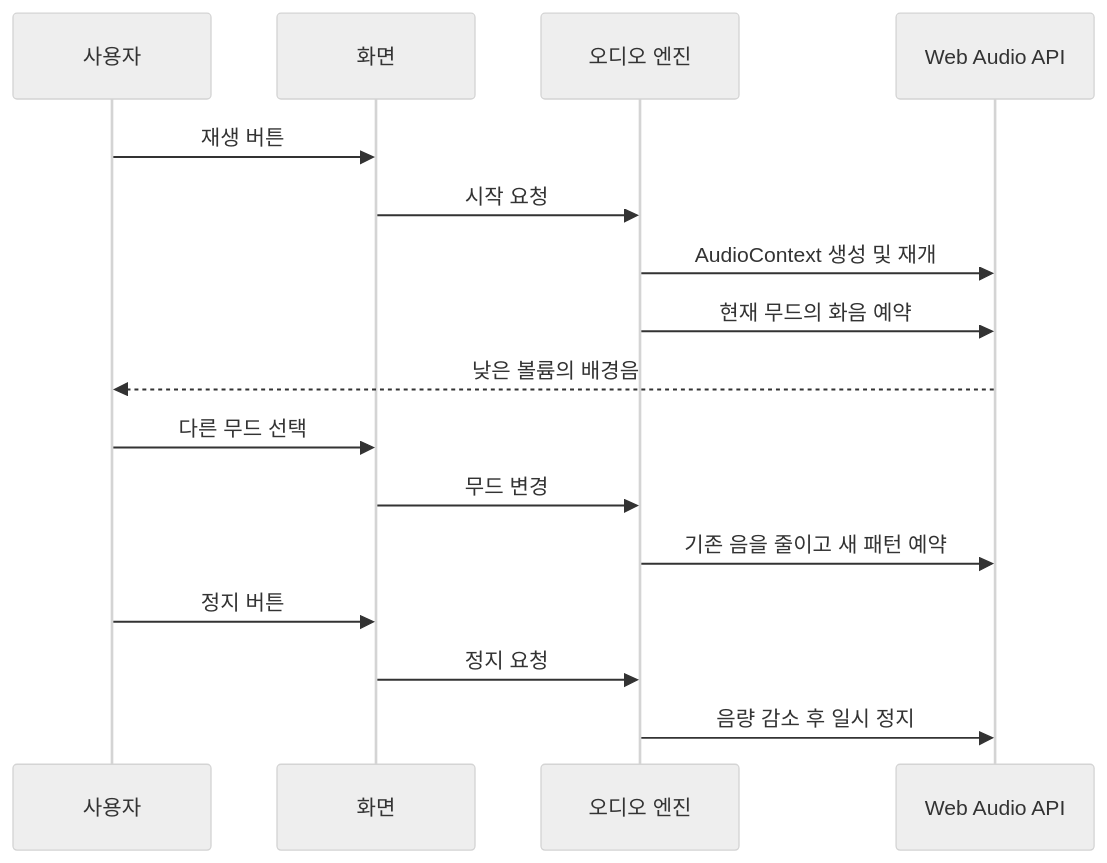
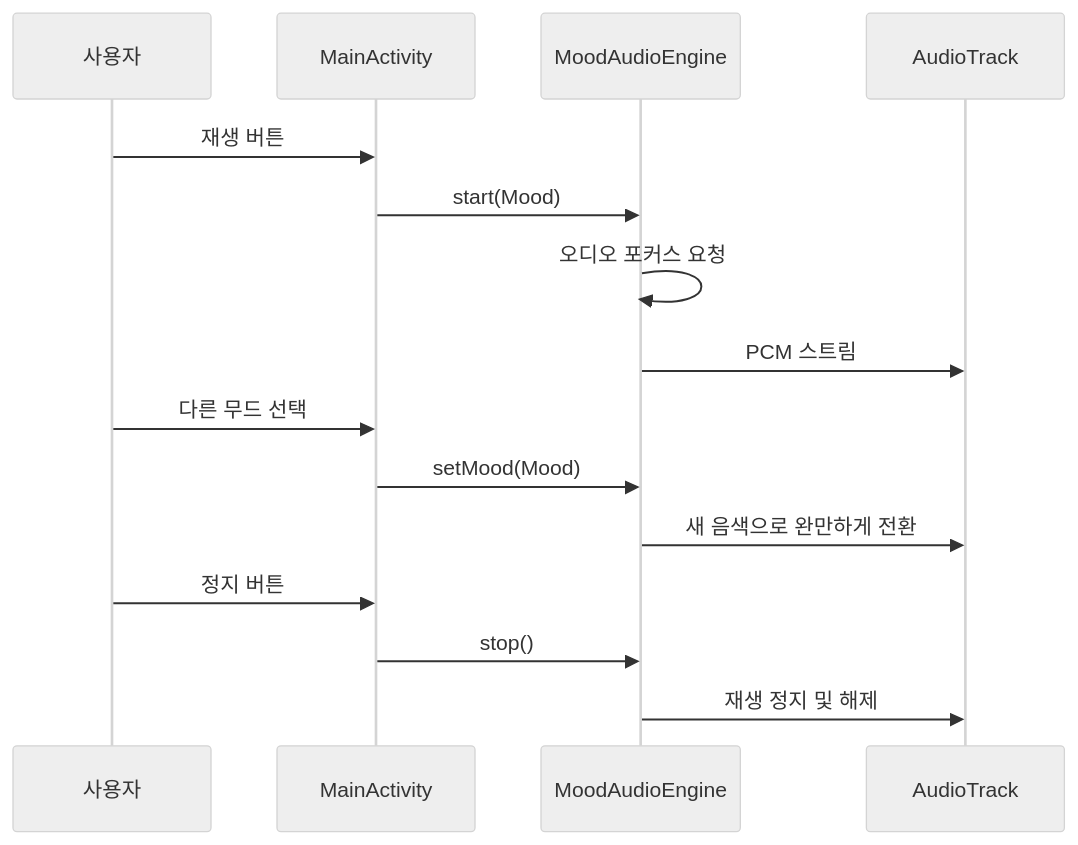
The diagram in docs/audio-design.md (jeongiryang/lg-ax-hackathon-cwnu-2026), drawn with Mermaid (neutral theme) before and after one commit. The commit also changed other lines of this file and 48 other files, not shown here.

````diff
--- a/docs/audio-design.md
+++ b/docs/audio-design.md
@@ -15,18 +17,17 @@
 ```mermaid
 sequenceDiagram
   participant U as 사용자
-  participant V as 화면
-  participant A as 오디오 엔진
-  participant W as Web Audio API
+  participant V as MainActivity
+  participant A as MoodAudioEngine
+  participant T as AudioTrack
   U->>V: 재생 버튼
-  V->>A: 시작 요청
-  A->>W: AudioContext 생성 및 재개
-  A->>W: 현재 무드의 화음 예약
-  W-->>U: 낮은 볼륨의 배경음
+  V->>A: start(Mood)
+  A->>A: 오디오 포커스 요청
+  A->>T: PCM 스트림
   U->>V: 다른 무드 선택
-  V->>A: 무드 변경
-  A->>W: 기존 음을 줄이고 새 패턴 예약
+  V->>A: setMood(Mood)
+  A->>T: 새 음색으로 완만하게 전환
   U->>V: 정지 버튼
-  V->>A: 정지 요청
-  A->>W: 음량 감소 후 일시 정지
+  V->>A: stop()
+  A->>T: 재생 정지 및 해제
 ```
````
